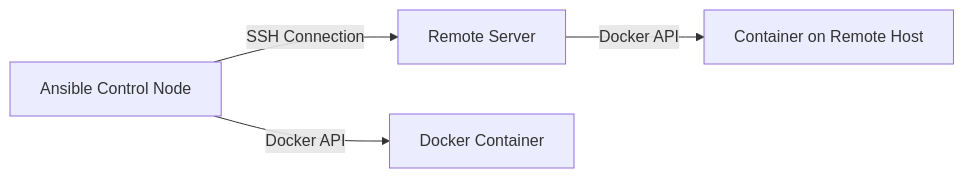
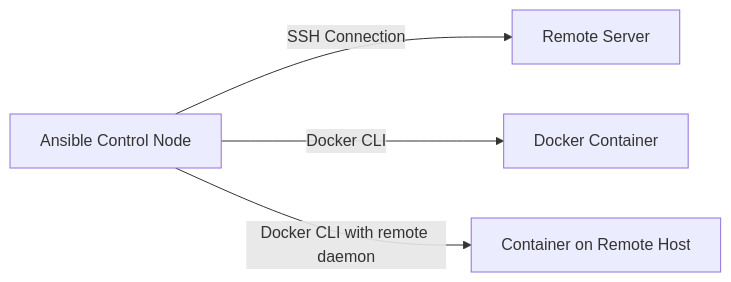
Before and after one commit to OneUptime/blog: the diagram in posts/2026-02-21-ansible-connect-docker-containers/README.md, drawn with Mermaid. The commit also changed other lines of this file and 2 other files, not shown here.

Commit message:
validate: 2026-02-21-ansible-connect-docker-containers

````diff
--- a/posts/2026-02-21-ansible-connect-docker-containers/README.md
+++ b/posts/2026-02-21-ansible-connect-docker-containers/README.md
@@ -17,6 +17,6 @@
 ```mermaid
 flowchart LR
     A[Ansible Control Node] -->|SSH Connection| B[Remote Server]
-    A -->|Docker API| C[Docker Container]
-    B -->|Docker API| D[Container on Remote Host]
+    A -->|Docker CLI| C[Docker Container]
+    A -->|Docker CLI with remote daemon| D[Container on Remote Host]
 ```
````
